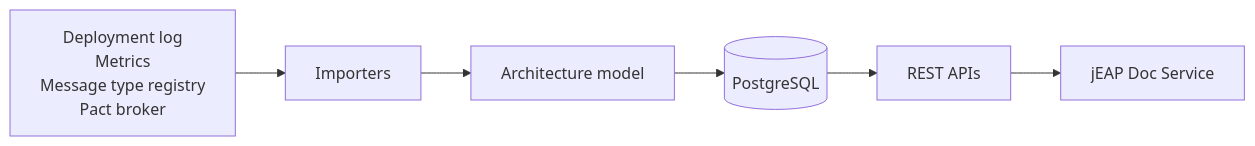
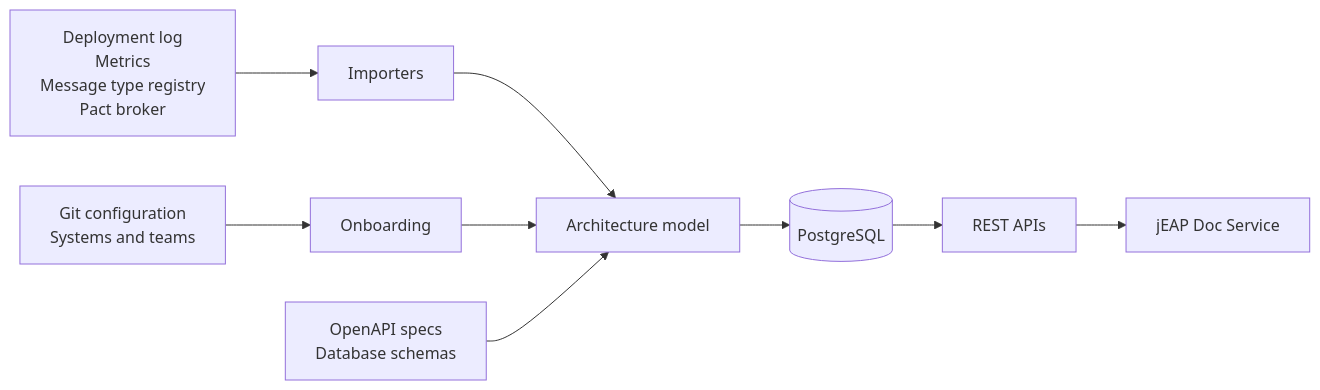
Before and after one commit to jeap-admin-ch/jeap-archrepo-service: the diagram in README.md, drawn with Mermaid. The commit also changed other lines of this file and 65 other files, not shown here.

First line of the commit message:
JEAP-7700: teams / systems as code

````diff
--- a/README.md
+++ b/README.md
@@ -14,8 +15,11 @@
 ```mermaid
 flowchart LR
     S["Deployment log<br/>Metrics<br/>Message type registry<br/>Pact broker"] --> I["Importers"]
     I --> M["Architecture model"]
+    C["Git configuration<br/>Systems and teams"] --> O["Onboarding"]
+    O --> M
+    P["OpenAPI specs<br/>Database schemas"] --> M
     M --> DB[("PostgreSQL")]
     DB --> A["REST APIs"]
     A --> D["jEAP Doc Service"]
 ```
````
